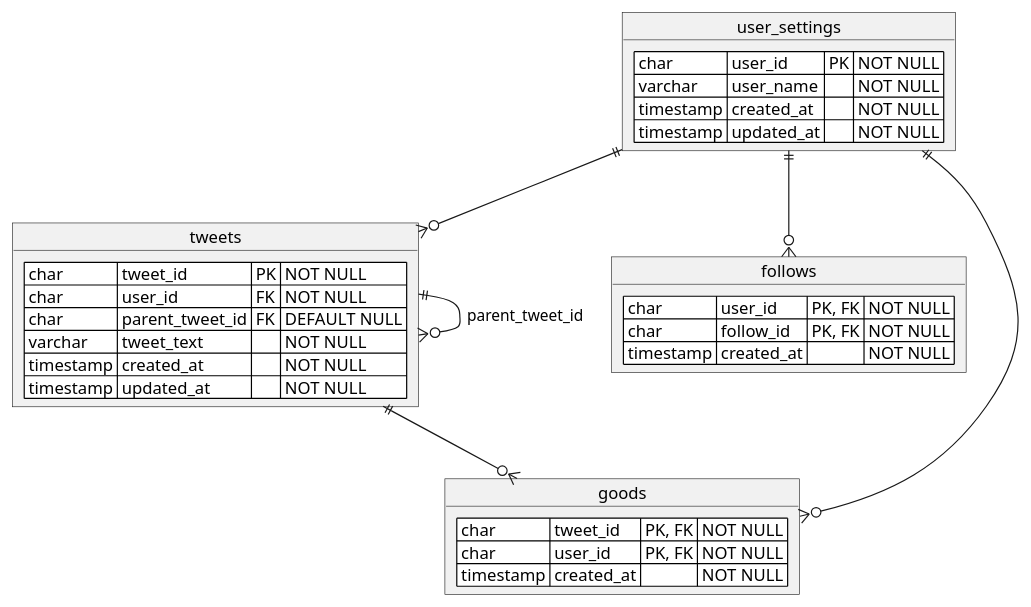
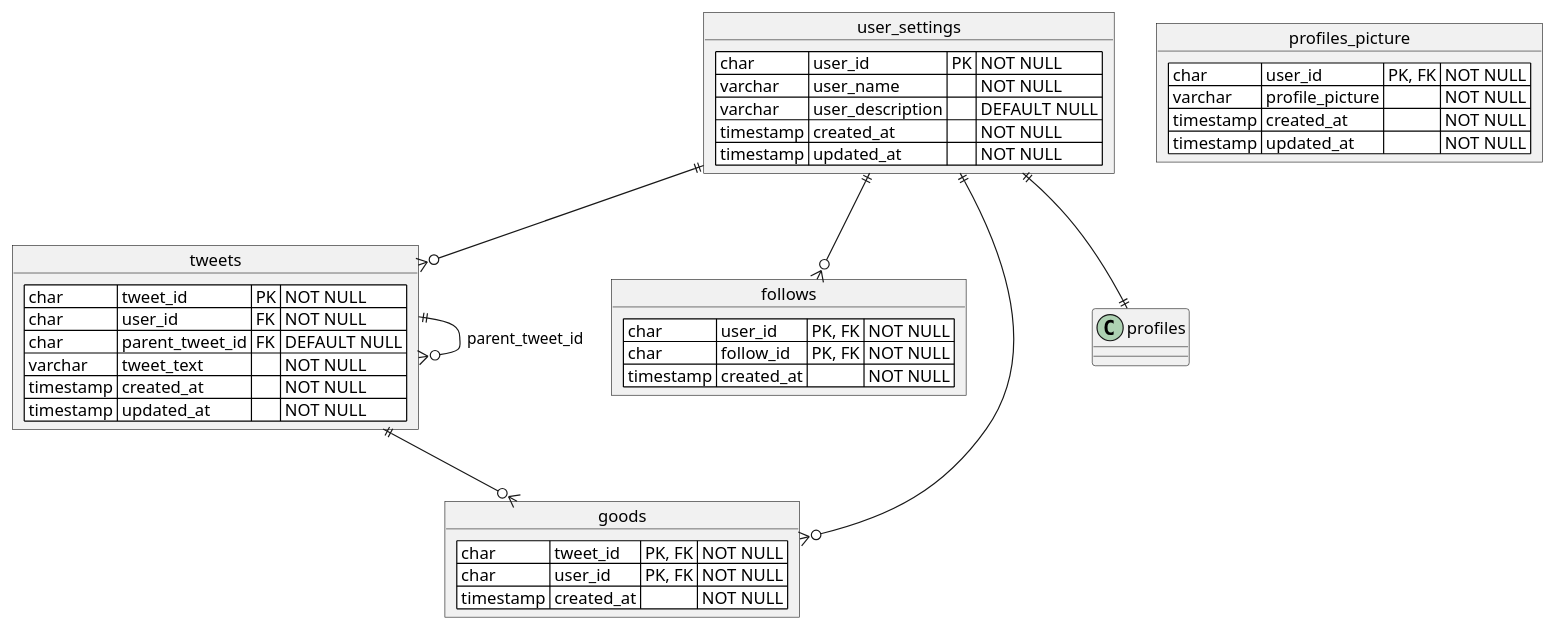
Before and after one commit to tetsushi-yamada/hackathon_backend: the diagram in docs/erd.puml, drawn with PlantUML. The commit also changed 56 other files, not shown here.

```diff
--- a/docs/erd.puml
+++ b/docs/erd.puml
@@ -1,37 +1,46 @@
 @startuml
 
 object user_settings {
     <#white>| char | user_id | PK | NOT NULL |
     <#white>| varchar | user_name | | NOT NULL |
+    <#white>| varchar | user_description | | DEFAULT NULL |
     <#white>| timestamp | created_at | | NOT NULL |
     <#white>| timestamp | updated_at | | NOT NULL |
 }
 
 object tweets {
     <#white>| char | tweet_id | PK | NOT NULL |
     <#white>| char | user_id | FK | NOT NULL |
     <#white>| char | parent_tweet_id | FK | DEFAULT NULL |
     <#white>| varchar | tweet_text | | NOT NULL |
     <#white>| timestamp | created_at | | NOT NULL |
     <#white>| timestamp | updated_at | | NOT NULL |
 }
 
 object follows {
     <#white>| char | user_id | PK, FK | NOT NULL |
     <#white>| char | follow_id | PK, FK | NOT NULL |
     <#white>| timestamp | created_at | | NOT NULL |
 }
 
 object goods {
     <#white>| char | tweet_id | PK, FK | NOT NULL |
     <#white>| char | user_id | PK, FK | NOT NULL |
     <#white>| timestamp | created_at | | NOT NULL |
 }
 
+object profiles_picture {
+    <#white>| char | user_id | PK, FK | NOT NULL |
+    <#white>| varchar | profile_picture | | NOT NULL |
+    <#white>| timestamp | created_at | | NOT NULL |
+    <#white>| timestamp | updated_at | | NOT NULL |
+}
+
 user_settings ||--o{ tweets
 user_settings ||--o{ follows
 tweets ||--o{ goods
 user_settings ||--o{ goods
 tweets ||--o{ tweets : parent_tweet_id
+user_settings ||--|| profiles
 
 @enduml
```
